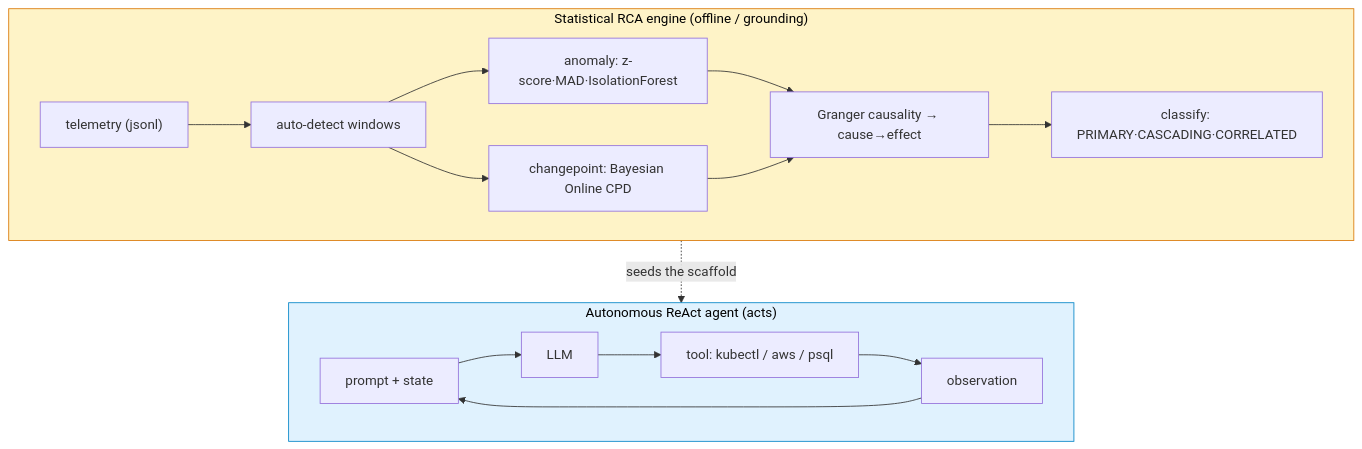
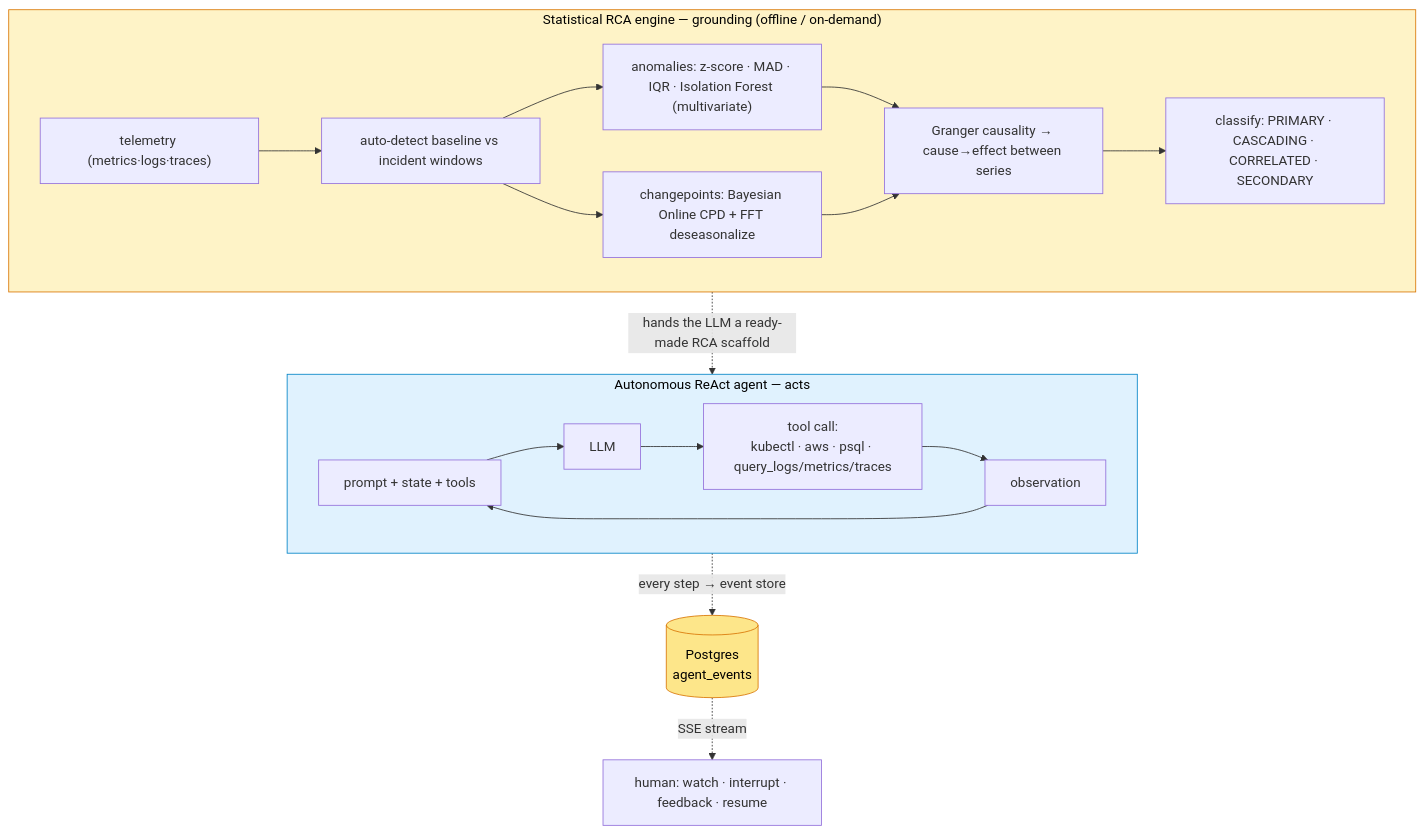
Before and after one commit to 4sgupta828/oats: the diagram in posts/linkedin.md, drawn with Mermaid. The commit also changed other lines of this file, not shown here.

````diff
--- a/posts/linkedin.md
+++ b/posts/linkedin.md
@@ -25,20 +28,23 @@
 ```mermaid
 flowchart TB
-    subgraph OFF["Statistical RCA engine (offline / grounding)"]
+    subgraph OFF["Statistical RCA engine — grounding (offline / on-demand)"]
         direction LR
-        T["telemetry (jsonl)"] --> W["auto-detect windows"]
-        W --> A["anomaly: z-score·MAD·IsolationForest"]
-        W --> Cp["changepoint: Bayesian Online CPD"]
-        A --> R["Granger causality → cause→effect"]
+        T["telemetry (metrics·logs·traces)"] --> W["auto-detect baseline vs incident windows"]
+        W --> A["anomalies: z-score · MAD · IQR · Isolation Forest (multivariate)"]
+        W --> Cp["changepoints: Bayesian Online CPD + FFT deseasonalize"]
+        A --> R["Granger causality → cause→effect between series"]
         Cp --> R
-        R --> CL["classify: PRIMARY·CASCADING·CORRELATED"]
+        R --> CL["classify: PRIMARY · CASCADING · CORRELATED · SECONDARY"]
     end
-    subgraph LIVE["Autonomous ReAct agent (acts)"]
+    subgraph LIVE["Autonomous ReAct agent — acts"]
         direction LR
-        P["prompt + state"] --> L["LLM"] --> Act["tool: kubectl / aws / psql"]
+        P["prompt + state + tools"] --> L["LLM"] --> Act["tool call:<br/>kubectl · aws · psql · query_logs/metrics/traces"]
         Act --> O["observation"] --> P
     end
-    CL -. seeds the scaffold .-> P
+    CL -. "hands the LLM a ready-made RCA scaffold" .-> P
+    P -. "every step → event store" .-> ES[("Postgres<br/>agent_events")]
+    ES -. "SSE stream" .-> U["human: watch · interrupt · feedback · resume"]
     style OFF fill:#fef3c7,stroke:#d97706,color:#000
     style LIVE fill:#e0f2fe,stroke:#0284c7,color:#000
+    style ES fill:#fde68a,stroke:#d97706,color:#000
 ```
````
